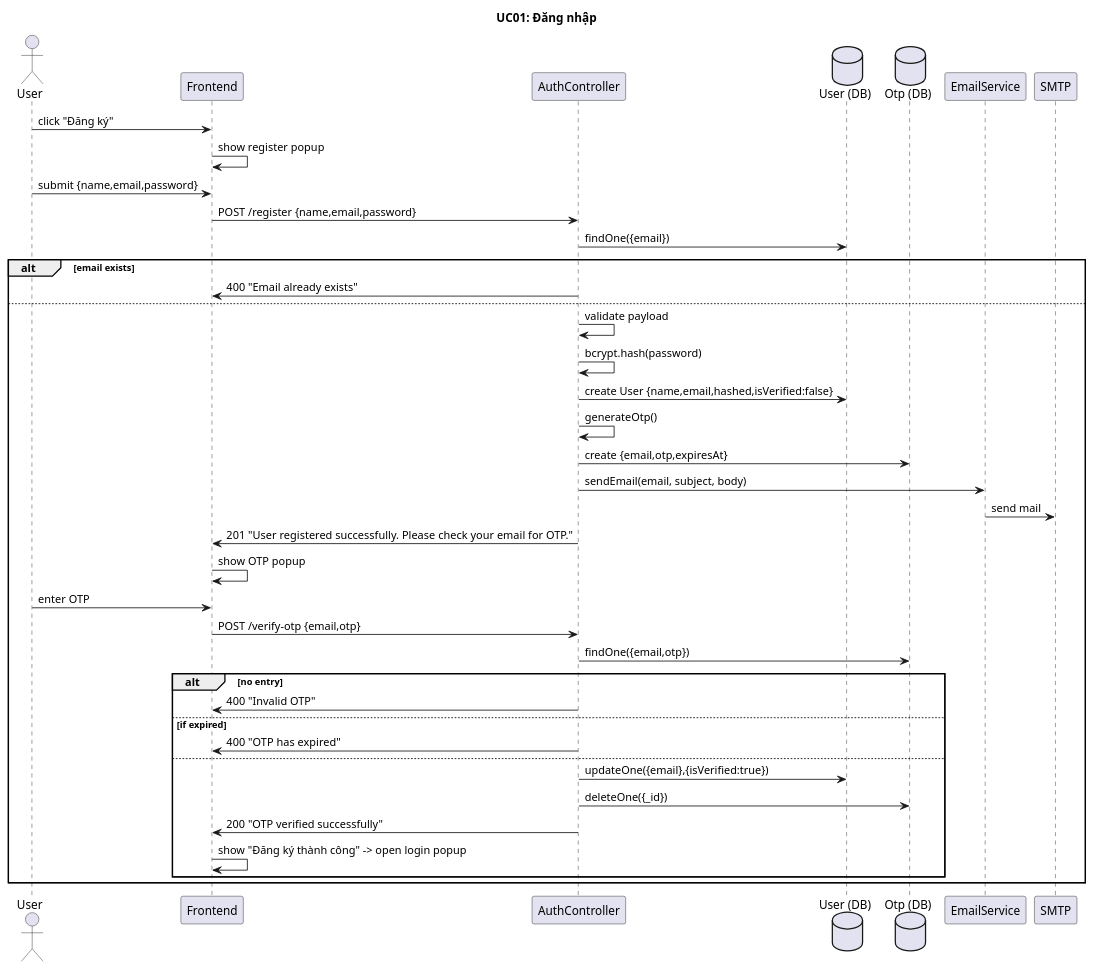
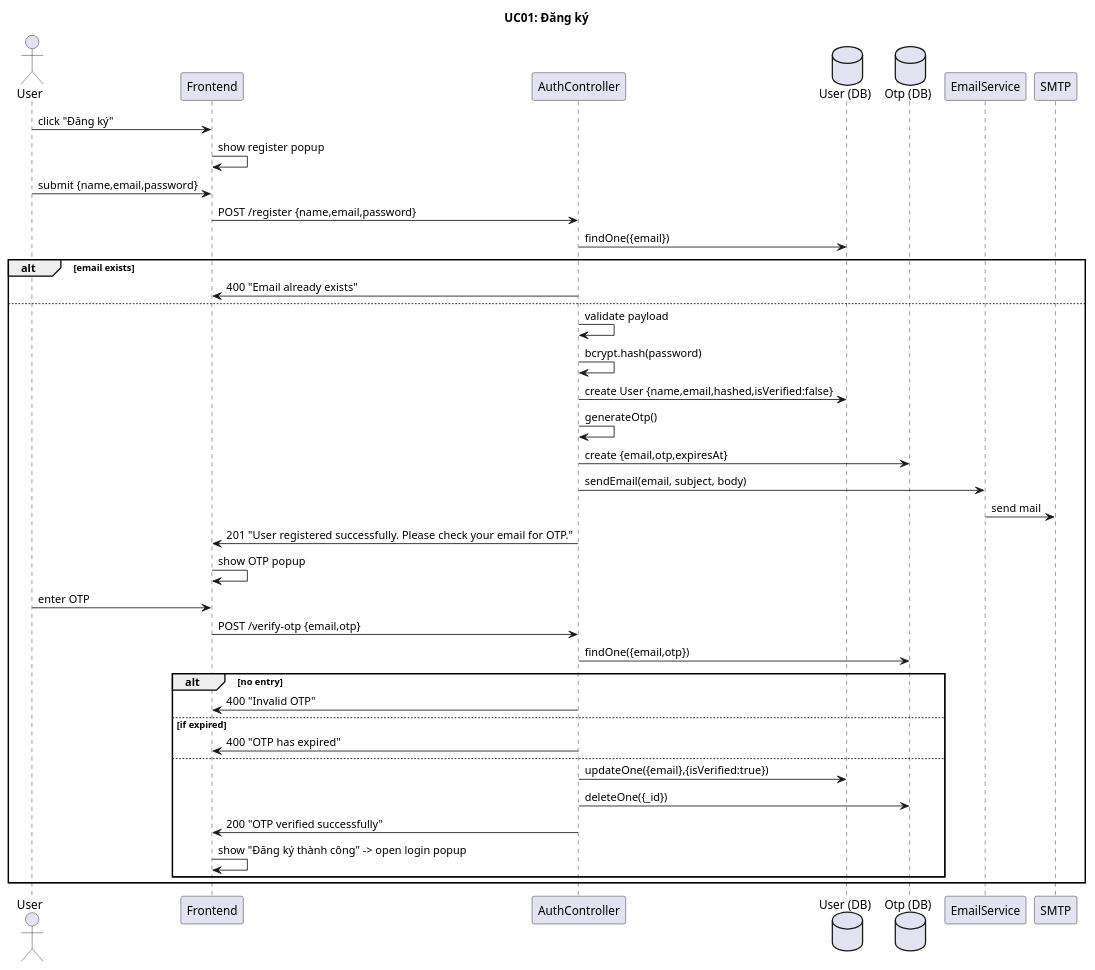
The diagram in SequenceDiagram/UC01_DangKy.wsd (PhatBee/pet-adoption), drawn with PlantUML before and after one commit. The commit also changed 44 other files, not shown here.

Commit message:
Sequence Diagram (UC11 -> UC16)

```diff
--- a/SequenceDiagram/UC01_DangKy.wsd
+++ b/SequenceDiagram/UC01_DangKy.wsd
@@ -1,44 +1,44 @@
 @startuml
 
-title UC01: Đăng nhập
+title UC01: Đăng ký 
 
 actor User
 participant Frontend
 participant AuthController
 database UserDB as "User (DB)"
 database OtpDB as "Otp (DB)"
 participant EmailService
 participant SMTP
 
 User -> Frontend: click "Đăng ký"
 Frontend -> Frontend: show register popup
 User -> Frontend: submit {name,email,password}
 Frontend -> AuthController: POST /register {name,email,password}
 AuthController -> UserDB: findOne({email})
 alt email exists
   AuthController -> Frontend: 400 "Email already exists"
 else
   AuthController -> AuthController: validate payload
   AuthController -> AuthController: bcrypt.hash(password)
   AuthController -> UserDB: create User {name,email,hashed,isVerified:false}
   AuthController -> AuthController: generateOtp()
   AuthController -> OtpDB: create {email,otp,expiresAt}
   AuthController -> EmailService: sendEmail(email, subject, body)
   EmailService -> SMTP: send mail
   AuthController -> Frontend: 201 "User registered successfully. Please check your email for OTP."
   Frontend -> Frontend: show OTP popup
   User -> Frontend: enter OTP
   Frontend -> AuthController: POST /verify-otp {email,otp}
   AuthController -> OtpDB: findOne({email,otp})
   alt no entry
     AuthController -> Frontend: 400 "Invalid OTP"
   else if expired
     AuthController -> Frontend: 400 "OTP has expired"
   else
     AuthController -> UserDB: updateOne({email},{isVerified:true})
     AuthController -> OtpDB: deleteOne({_id})
     AuthController -> Frontend: 200 "OTP verified successfully"
     Frontend -> Frontend: show "Đăng ký thành công" -> open login popup
   end
 end
 @enduml
```
